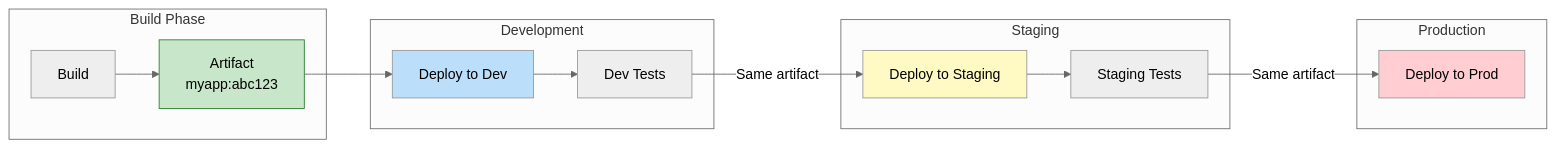
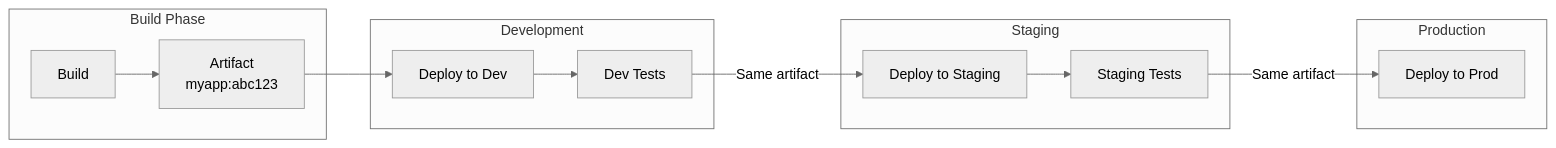
The second of 2 diagrams in docs/cicd/artifact-management.md (shivam-g-mishra/blog), drawn with Mermaid before and after one commit. The commit also changed other lines of this file and 23 other files, not shown here.

First line of the commit message:
fix: improve Mermaid diagram visibility in dark mode

````diff
--- a/docs/cicd/artifact-management.md
+++ b/docs/cicd/artifact-management.md
@@ -527,26 +524,21 @@
 ```mermaid
 %%{init: {'theme': 'neutral'}}%%
 flowchart LR
     subgraph build["Build Phase"]
         B[Build] --> A[Artifact<br/>myapp:abc123]
     end
     
     subgraph dev["Development"]
         A --> D[Deploy to Dev]
         D --> DT[Dev Tests]
     end
     
     subgraph staging["Staging"]
         DT -->|Same artifact| S[Deploy to Staging]
         S --> ST[Staging Tests]
     end
     
     subgraph prod["Production"]
         ST -->|Same artifact| P[Deploy to Prod]
     end
-    
-    style A fill:#c8e6c9,stroke:#2e7d32
-    style D fill:#bbdefb
-    style S fill:#fff9c4
-    style P fill:#ffcdd2
 ```
````
